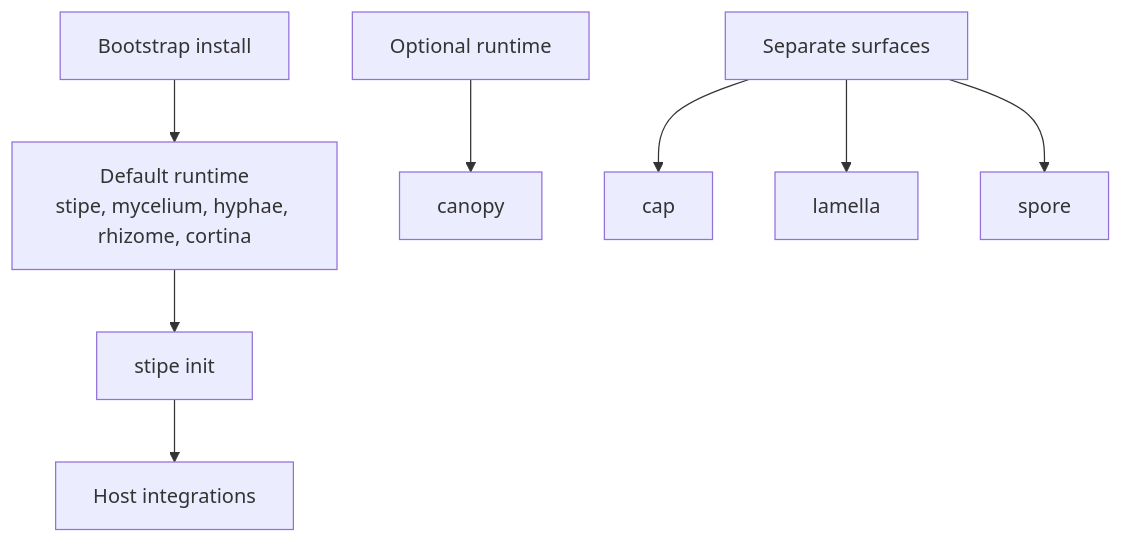
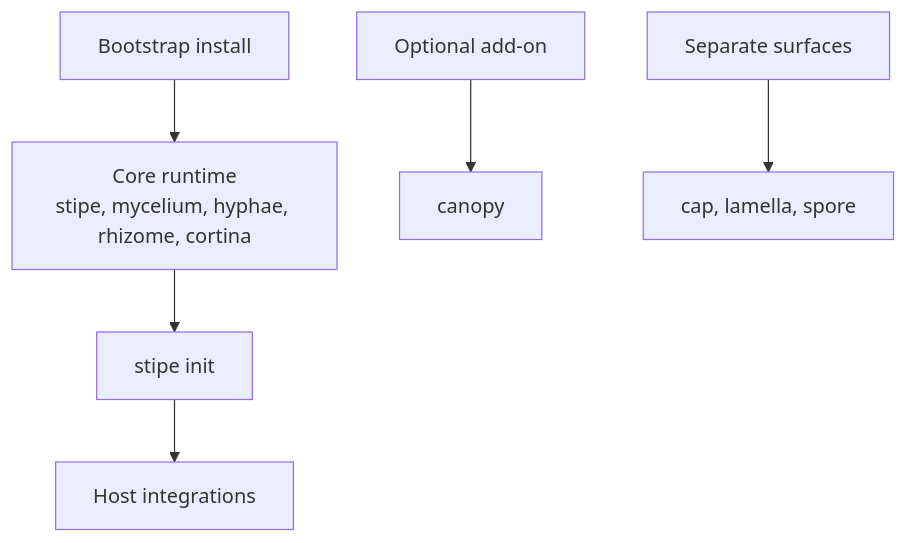
One commit to basidiocarp/.github changed the second of 4 diagrams in profile/README.md. Above: the diagram before and after it, drawn with Mermaid. The commit also changed other lines of this file, not shown here.

Commit message:
docs: simplify basidiocarp readme diagrams

````diff
--- a/profile/README.md
+++ b/profile/README.md
@@ -119,11 +88,8 @@
 ```mermaid
 flowchart TD
-    Bootstrap["Bootstrap install"] --> Default["Default runtime\nstipe, mycelium, hyphae, rhizome, cortina"]
-    Default --> Init["stipe init"]
+    Bootstrap["Bootstrap install"] --> Core["Core runtime\nstipe, mycelium, hyphae, rhizome, cortina"]
+    Core --> Init["stipe init"]
     Init --> Hosts["Host integrations"]
-
-    Optional["Optional runtime"] --> Canopy["canopy"]
-    Separate["Separate surfaces"] --> Cap["cap"]
-    Separate --> Lamella["lamella"]
-    Separate --> Spore["spore"]
+    Optional["Optional add-on"] --> Canopy["canopy"]
+    Separate["Separate surfaces"] --> Other["cap, lamella, spore"]
 ```
````
